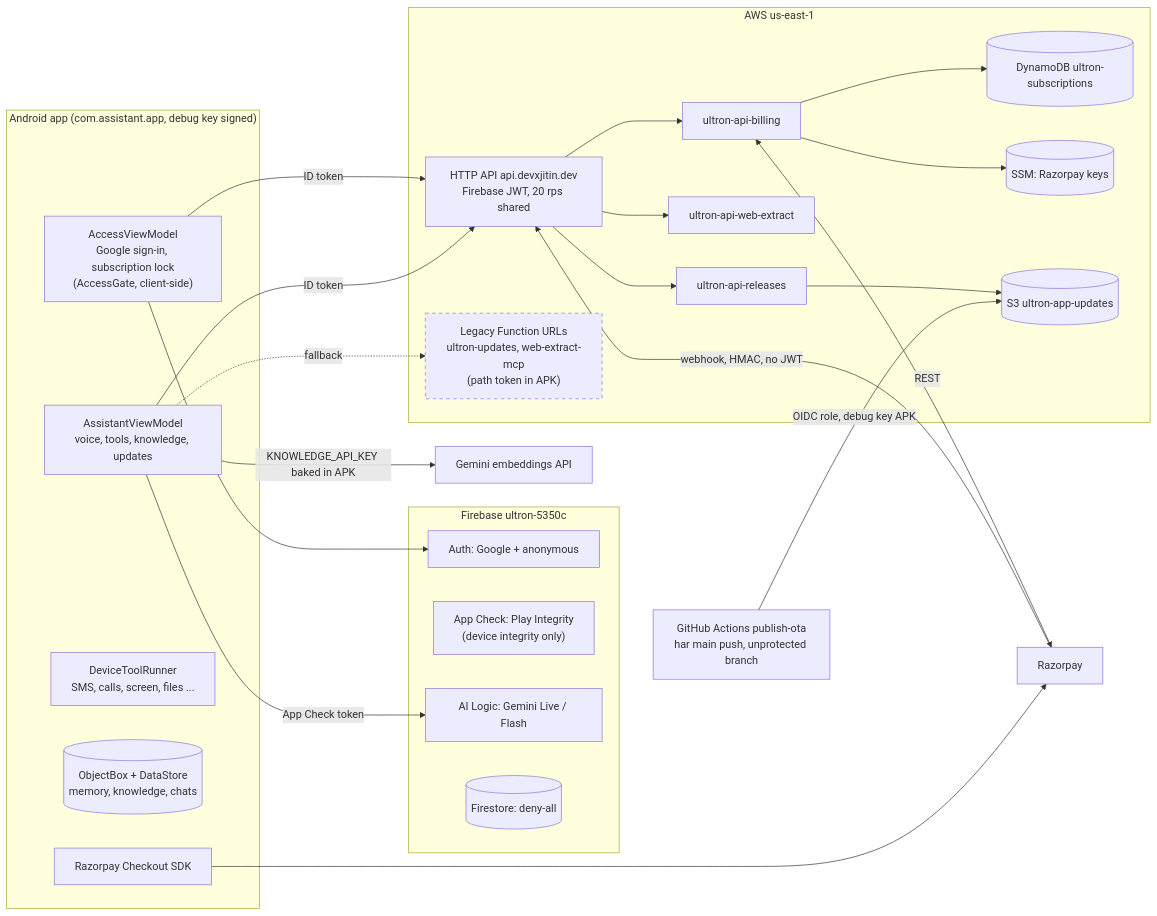
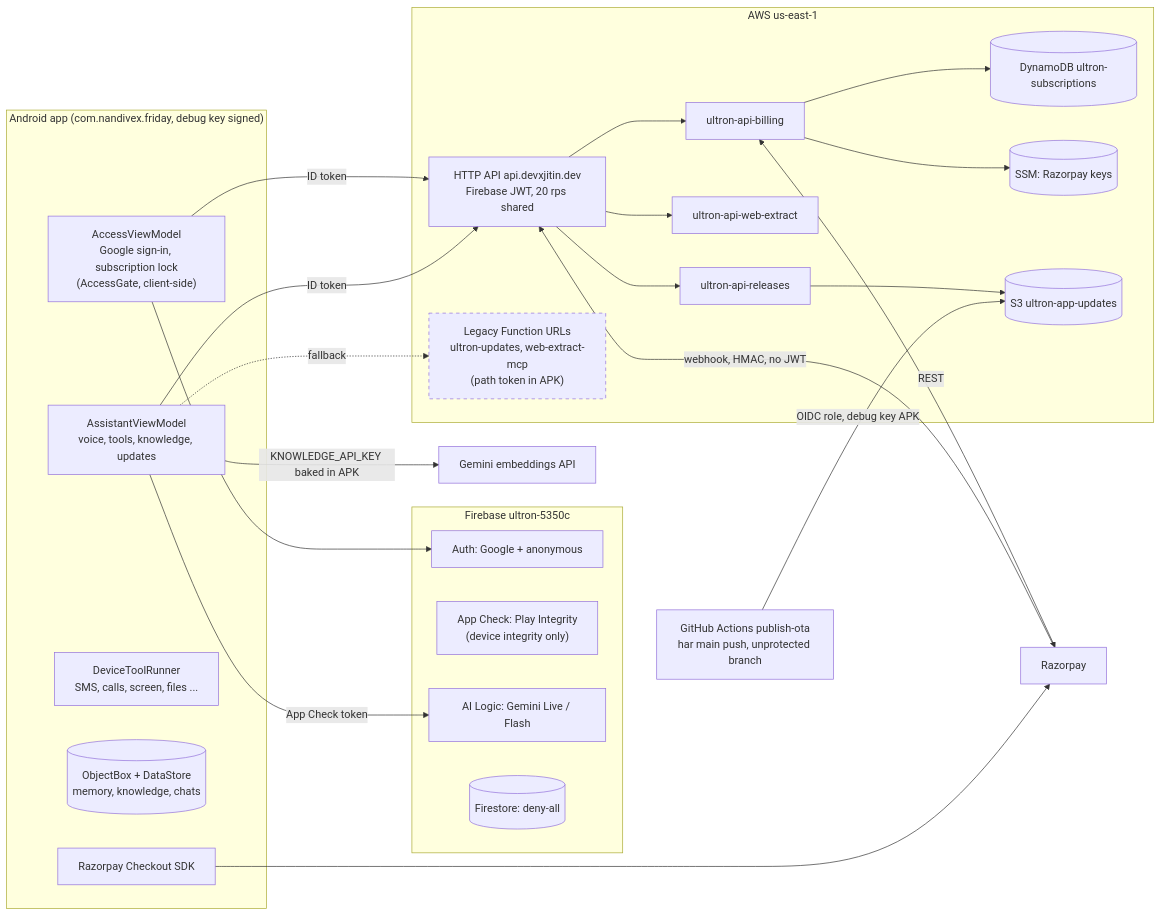
One commit to devxjitin/FRIDAY changed the first of 4 diagrams in docs/ARCHITECTURE.md. Above: the diagram before and after it, drawn with Mermaid. The commit also changed other lines of this file and 444 other files, not shown here.

````diff
--- a/docs/ARCHITECTURE.md
+++ b/docs/ARCHITECTURE.md
@@ -34,40 +34,40 @@
 ```mermaid
 flowchart LR
-  subgraph Phone["Android app (com.assistant.app, debug key signed)"]
+  subgraph Phone["Android app (com.nandivex.friday, debug key signed)"]
     ACC["AccessViewModel<br/>Google sign-in, subscription lock<br/>(AccessGate, client-side)"]
     VM["AssistantViewModel<br/>voice, tools, knowledge, updates"]
     DTR["DeviceToolRunner<br/>SMS, calls, screen, files ..."]
     OB[("ObjectBox + DataStore<br/>memory, knowledge, chats")]
     RZC["Razorpay Checkout SDK"]
   end
   subgraph Firebase["Firebase ultron-5350c"]
     AUTH["Auth: Google + anonymous"]
     AC["App Check: Play Integrity<br/>(device integrity only)"]
     AIL["AI Logic: Gemini Live / Flash"]
     FS[("Firestore: deny-all")]
   end
   subgraph AWS["AWS us-east-1"]
     APIGW["HTTP API api.devxjitin.dev<br/>Firebase JWT, 20 rps shared"]
     REL["ultron-api-releases"]
     WXN["ultron-api-web-extract"]
     BILL["ultron-api-billing"]
     DDB[("DynamoDB ultron-subscriptions")]
     SSM[("SSM: Razorpay keys")]
     S3[("S3 ultron-app-updates")]
     OLD["Legacy Function URLs<br/>ultron-updates, web-extract-mcp<br/>(path token in APK)"]:::legacy
   end
   ACC --> AUTH
   VM -->|"App Check token"| AIL
   VM -->|"KNOWLEDGE_API_KEY baked in APK"| EMB["Gemini embeddings API"]
   ACC -->|"ID token"| APIGW
   VM -->|"ID token"| APIGW
   VM -.->|"fallback"| OLD
   APIGW --> REL & WXN & BILL
   REL --> S3
   BILL --> DDB & SSM
   BILL <-->|"REST"| RZ["Razorpay"]
   RZC --> RZ
   RZ -->|"webhook, HMAC, no JWT"| APIGW
   CI["GitHub Actions publish-ota<br/>har main push, unprotected branch"] -->|"OIDC role, debug key APK"| S3
   classDef legacy stroke-dasharray: 5 5
 ```
````
